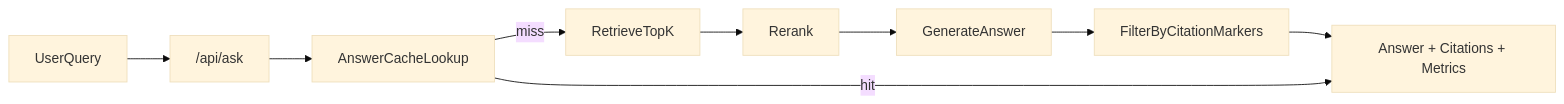
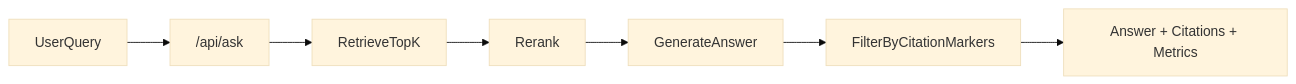
Before and after one commit to wongcheehao/AI-Policy-Helper: the diagram in README.md, drawn with Mermaid (base theme).

Commit message:
update readme architecture

````diff
--- a/README.md
+++ b/README.md
@@ -73,11 +73,9 @@
 ```mermaid
 flowchart LR
 userQuery["UserQuery"] --> apiAsk["/api/ask"]
-apiAsk --> answerCache["AnswerCacheLookup"]
-answerCache -->|"miss"| retrieve["RetrieveTopK"]
+apiAsk --> retrieve["RetrieveTopK"]
 retrieve --> rerank["Rerank"]
 rerank --> generate["GenerateAnswer"]
 generate --> citationFilter["FilterByCitationMarkers"]
 citationFilter --> response["Answer + Citations + Metrics"]
-answerCache -->|"hit"| response
 ```
````
